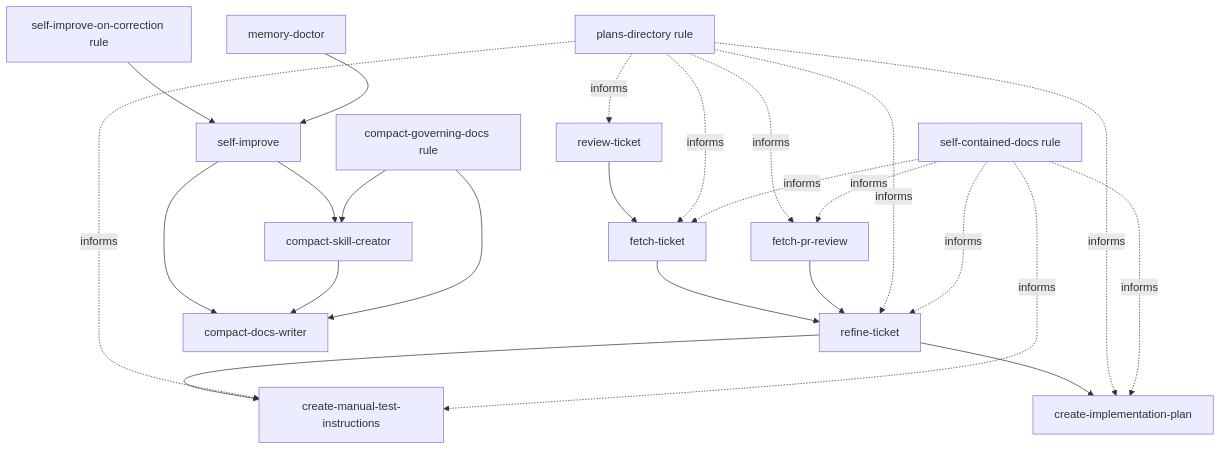
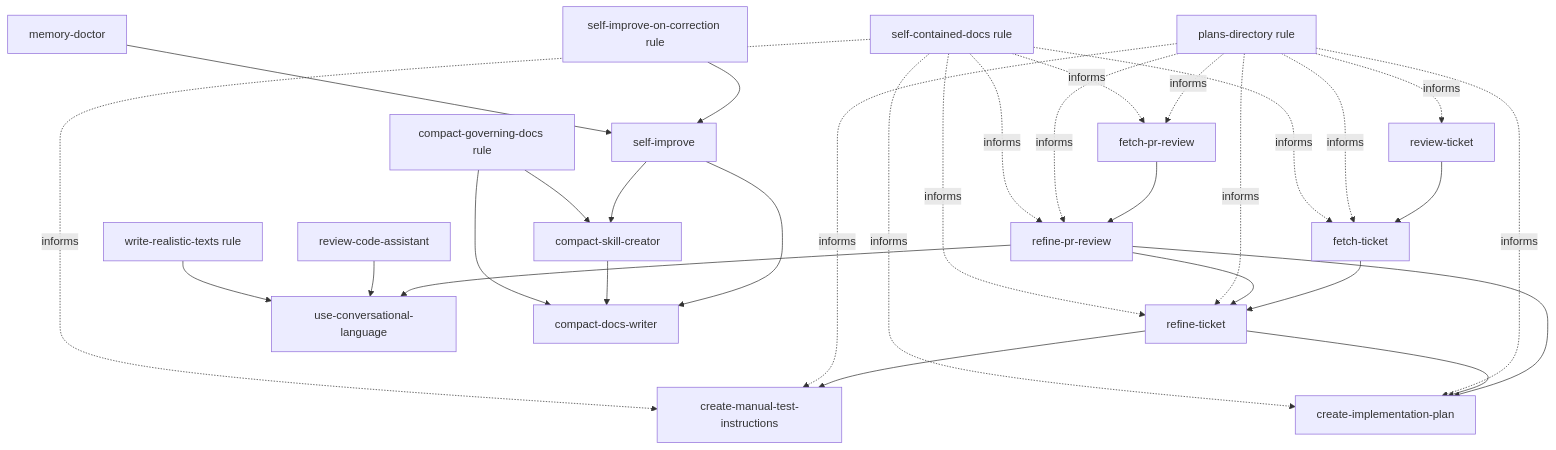
One commit to eai-org/agent-toolkit changed the diagram in README.md. Above: the diagram before and after it, drawn with Mermaid. The commit also changed other lines of this file and 6 other files, not shown here.

Commit message:
feat: add refine-pr-review and use-conversational-language skills

````diff
--- a/README.md
+++ b/README.md
@@ -212,29 +218,36 @@
 ```mermaid
 flowchart TD
   fetch_ticket["fetch-ticket"] --> refine["refine-ticket"]
-  fetch_pr["fetch-pr-review"] --> refine
+  fetch_pr["fetch-pr-review"] --> refine_pr["refine-pr-review"]
+  refine_pr --> refine
+  refine_pr --> plan
+  refine_pr --> express["use-conversational-language"]
+  review_code["review-code-assistant"] --> express
+  realistic_rule["write-realistic-texts rule"] --> express
   review_ticket["review-ticket"] --> fetch_ticket
   refine --> manual["create-manual-test-instructions"]
   refine --> plan["create-implementation-plan"]
 
   self_rule["self-improve-on-correction rule"] --> self["self-improve"]
   self --> compact["compact-skill-creator"]
   self --> compact_docs["compact-docs-writer"]
   compact --> compact_docs
   memory_doctor["memory-doctor"] --> self
   compact_gov["compact-governing-docs rule"] --> compact
   compact_gov --> compact_docs
 
   plans_rule["plans-directory rule"] -. informs .-> fetch_ticket
   plans_rule -. informs .-> fetch_pr
+  plans_rule -. informs .-> refine_pr
   plans_rule -. informs .-> refine
   plans_rule -. informs .-> manual
   plans_rule -. informs .-> plan
   plans_rule -. informs .-> review_ticket
 
   docs_rule["self-contained-docs rule"] -. informs .-> fetch_ticket
   docs_rule -. informs .-> fetch_pr
+  docs_rule -. informs .-> refine_pr
   docs_rule -. informs .-> refine
   docs_rule -. informs .-> manual
   docs_rule -. informs .-> plan
 ```
````
